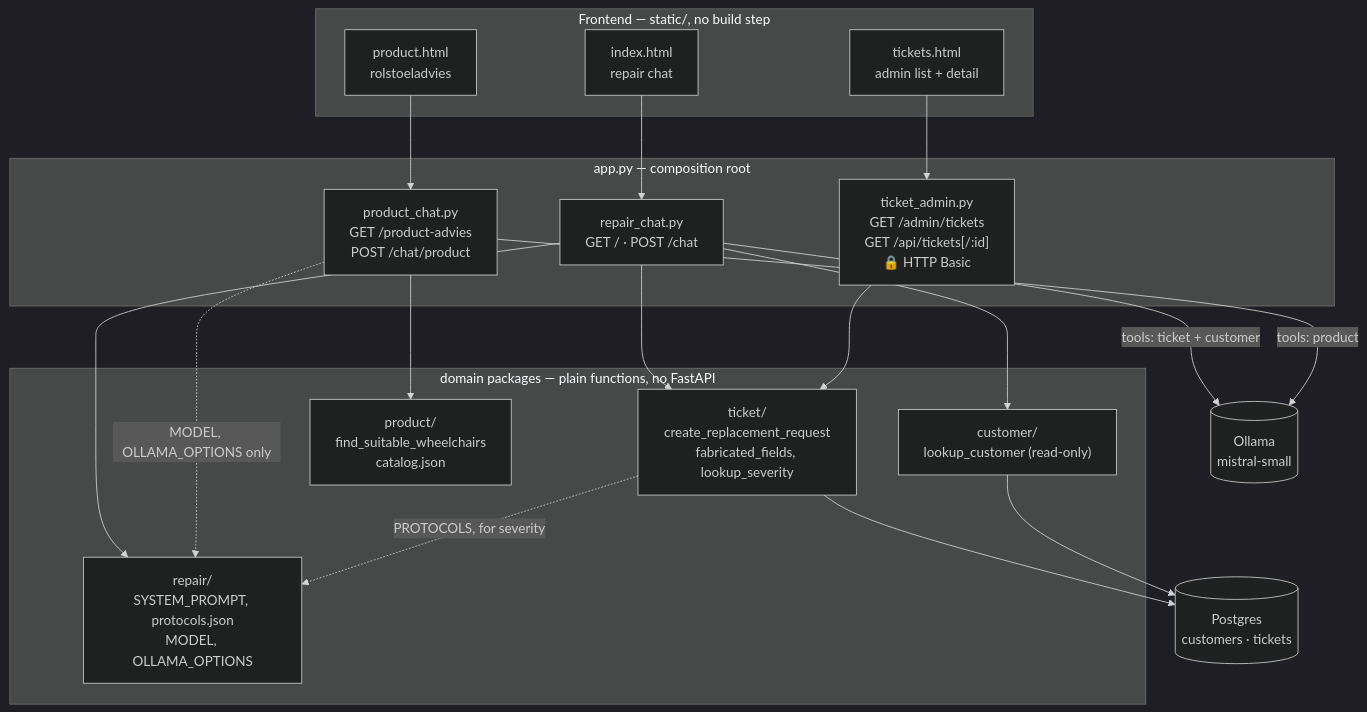
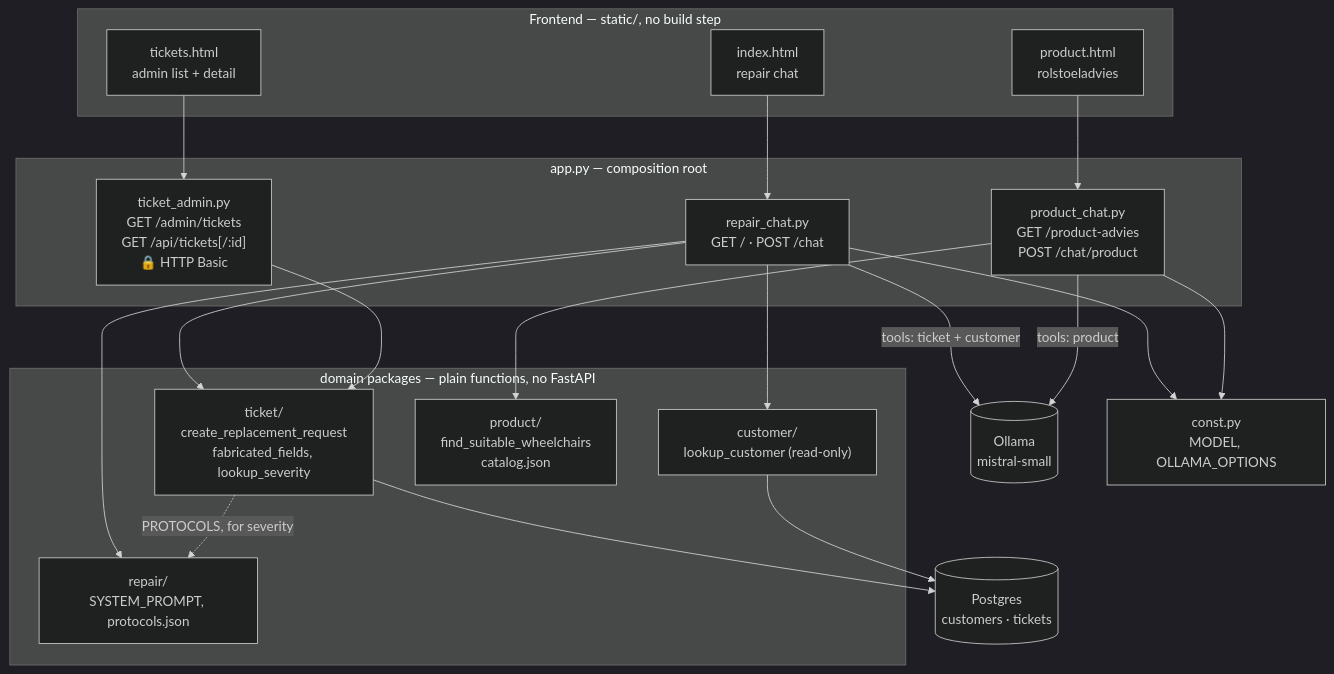
Before and after one commit to yugaWicaksono/care_chat: the first of 2 diagrams in CLAUDE.md, drawn with Mermaid (dark theme). The commit also changed other lines of this file and 5 other files, not shown here.

````diff
--- a/CLAUDE.md
+++ b/CLAUDE.md
@@ -27,43 +28,45 @@
 ```mermaid
 flowchart TB
   subgraph FE["Frontend — static/, no build step"]
     idx["index.html<br/>repair chat"]
     prod["product.html<br/>rolstoeladvies"]
     tix["tickets.html<br/>admin list + detail"]
   end
 
   subgraph APP["app.py — composition root"]
     RC["repair_chat.py<br/>GET / · POST /chat"]
     PC["product_chat.py<br/>GET /product-advies<br/>POST /chat/product"]
     TA["ticket_admin.py<br/>GET /admin/tickets<br/>GET /api/tickets[/:id]<br/>🔒 HTTP Basic"]
   end
 
   OLLAMA[("Ollama<br/>mistral-small")]
+  CONST["const.py<br/>MODEL, OLLAMA_OPTIONS"]
 
   subgraph DOM["domain packages — plain functions, no FastAPI"]
-    REPAIR["repair/<br/>SYSTEM_PROMPT, protocols.json<br/>MODEL, OLLAMA_OPTIONS"]
+    REPAIR["repair/<br/>SYSTEM_PROMPT, protocols.json"]
     TICKET["ticket/<br/>create_replacement_request<br/>fabricated_fields, lookup_severity"]
     CUSTOMER["customer/<br/>lookup_customer (read-only)"]
     PRODUCT["product/<br/>find_suitable_wheelchairs<br/>catalog.json"]
   end
 
   PG[("Postgres<br/>customers · tickets")]
 
   idx --> RC
   prod --> PC
   tix --> TA
 
   RC -- "tools: ticket + customer" --> OLLAMA
   PC -- "tools: product" --> OLLAMA
+  RC --> CONST
+  PC --> CONST
 
   RC --> REPAIR
   RC --> TICKET
   RC --> CUSTOMER
   PC --> PRODUCT
-  PC -. "MODEL, OLLAMA_OPTIONS only" .-> REPAIR
   TICKET -. "PROTOCOLS, for severity" .-> REPAIR
 
   TA --> TICKET
   TICKET --> PG
   CUSTOMER --> PG
 ```
````
